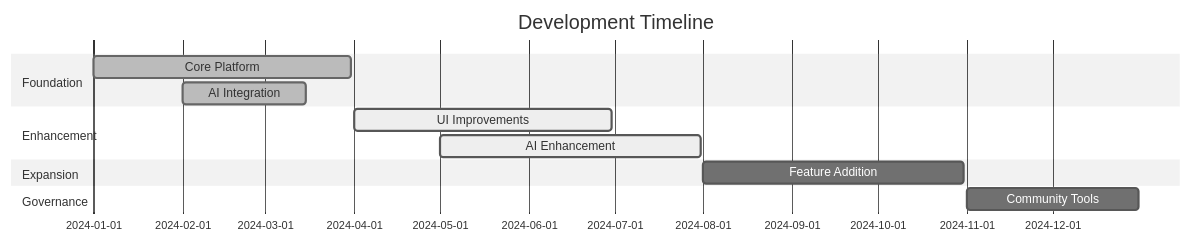
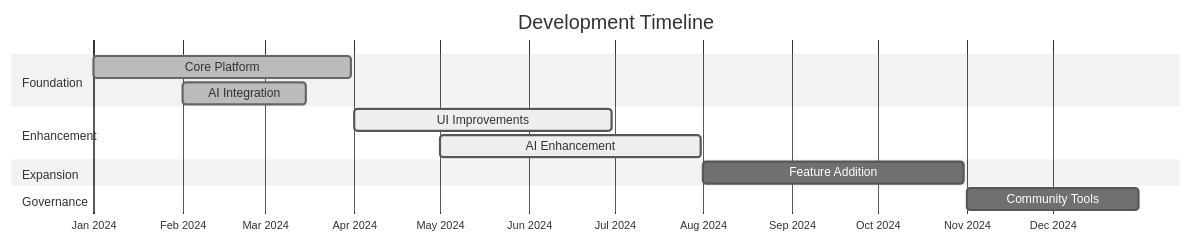
Before and after one commit to PupasAI/docs: the diagram in docs/protocol/roadmap.md, drawn with Mermaid (neutral theme). The commit also changed 8 other files, not shown here.

````diff
--- a/docs/protocol/roadmap.md
+++ b/docs/protocol/roadmap.md
@@ -77,15 +77,20 @@
 ```mermaid
 gantt
     title Development Timeline
-    dateFormat  YYYY-MM-DD
+    dateFormat YYYY-MM-DD
+    axisFormat %b %Y
+    
     section Foundation
-    Core Platform    :done, foundation, 2024-01-01, 2024-03-31
-    AI Integration   :done, ai-core, 2024-02-01, 2024-03-15
+    Core Platform       :done, foundation, 2024-01-01, 2024-03-31
+    AI Integration      :done, ai-core, 2024-02-01, 2024-03-15
+    
     section Enhancement
-    UI Improvements  :active, ui, 2024-04-01, 2024-06-30
-    AI Enhancement   :active, ai-enhanced, 2024-05-01, 2024-07-31
+    UI Improvements     :active, ui, 2024-04-01, 2024-06-30
+    AI Enhancement      :active, ai-enhanced, 2024-05-01, 2024-07-31
+    
     section Expansion
-    Feature Addition :expansion, 2024-08-01, 2024-10-31
+    Feature Addition    :expansion, 2024-08-01, 2024-10-31
+    
     section Governance
-    Community Tools  :governance, 2024-11-01, 2024-12-31
+    Community Tools     :governance, 2024-11-01, 2024-12-31
 ```
````
